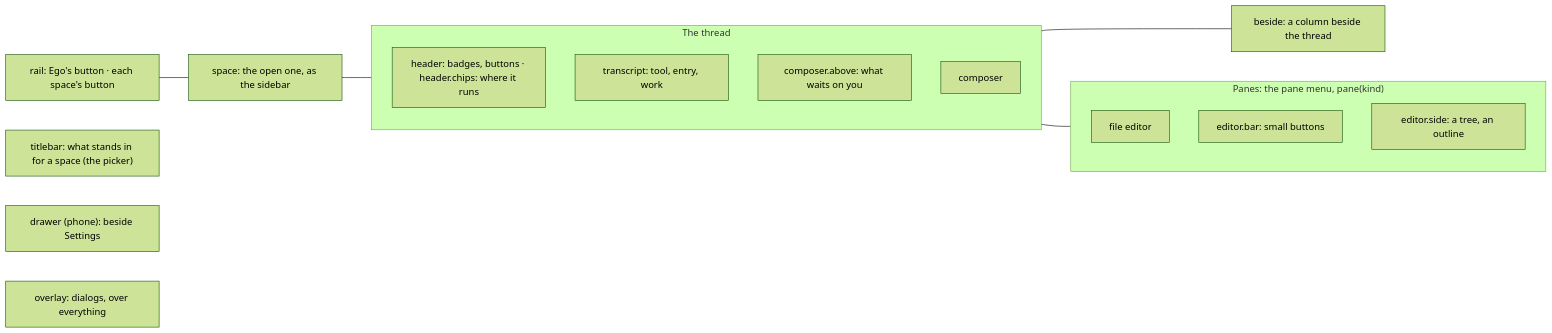
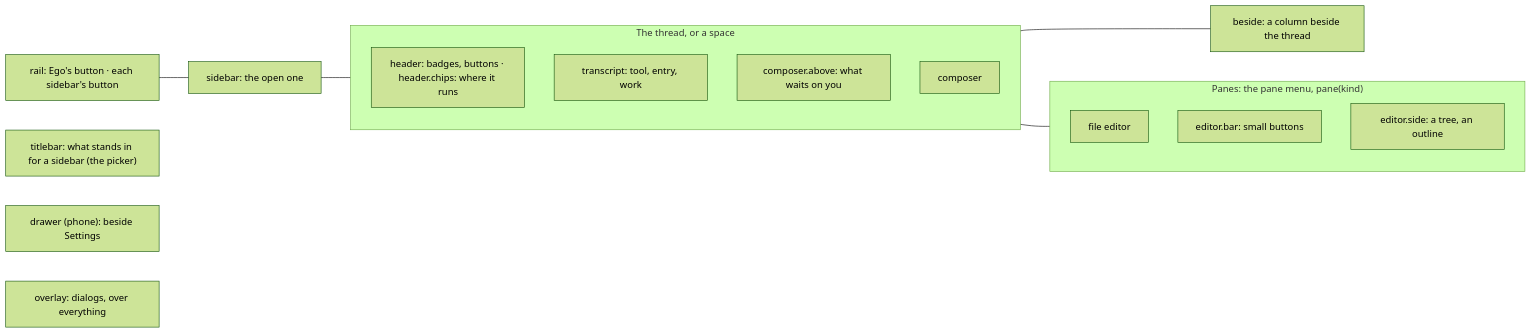
Before and after one commit to githubnext/superego: the diagram in packages/cli/skill/guide/places.mmd, drawn with Mermaid (forest theme). The commit also changed 73 other files, not shown here.

First line of the commit message:
Rename: the place called space is the sidebar, and a surface is a space

```diff
--- a/packages/cli/skill/guide/places.mmd
+++ b/packages/cli/skill/guide/places.mmd
@@ -1,19 +1,19 @@
 flowchart LR
-  rail["rail: Ego's button · each space's button"] --- space["space: the open one, as the sidebar"]
-  space --- thread
-  subgraph thread["The thread"]
+  rail["rail: Ego's button · each sidebar's button"] --- sidebar["sidebar: the open one"]
+  sidebar --- thread
+  subgraph thread["The thread, or a space"]
     header["header: badges, buttons · header.chips: where it runs"]
     transcript["transcript: tool, entry, work"]
     above["composer.above: what waits on you"]
     composer["composer"]
   end
   thread --- beside["beside: a column beside the thread"]
   thread --- panes
   subgraph panes["Panes: the pane menu, pane(kind)"]
     editor["file editor"]
     bar["editor.bar: small buttons"]
     side["editor.side: a tree, an outline"]
   end
-  titlebar["titlebar: what stands in for a space (the picker)"]
+  titlebar["titlebar: what stands in for a sidebar (the picker)"]
   drawer["drawer (phone): beside Settings"]
   overlay["overlay: dialogs, over everything"]
```
